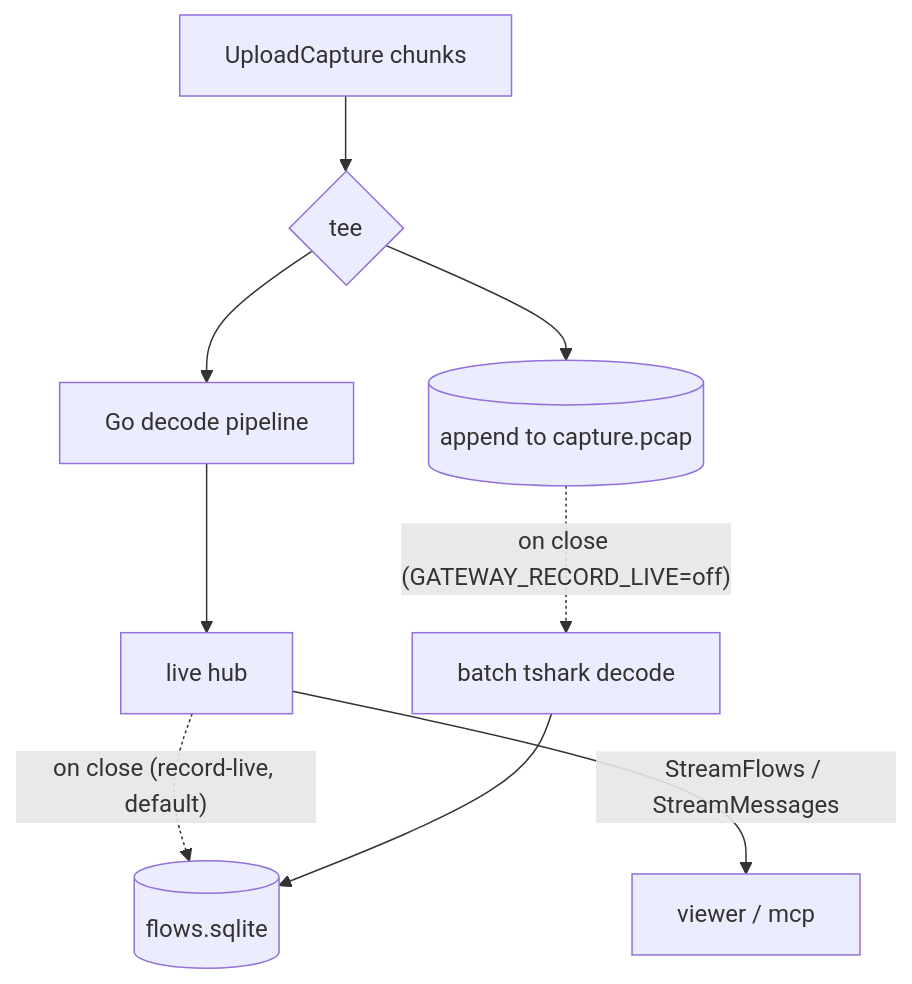
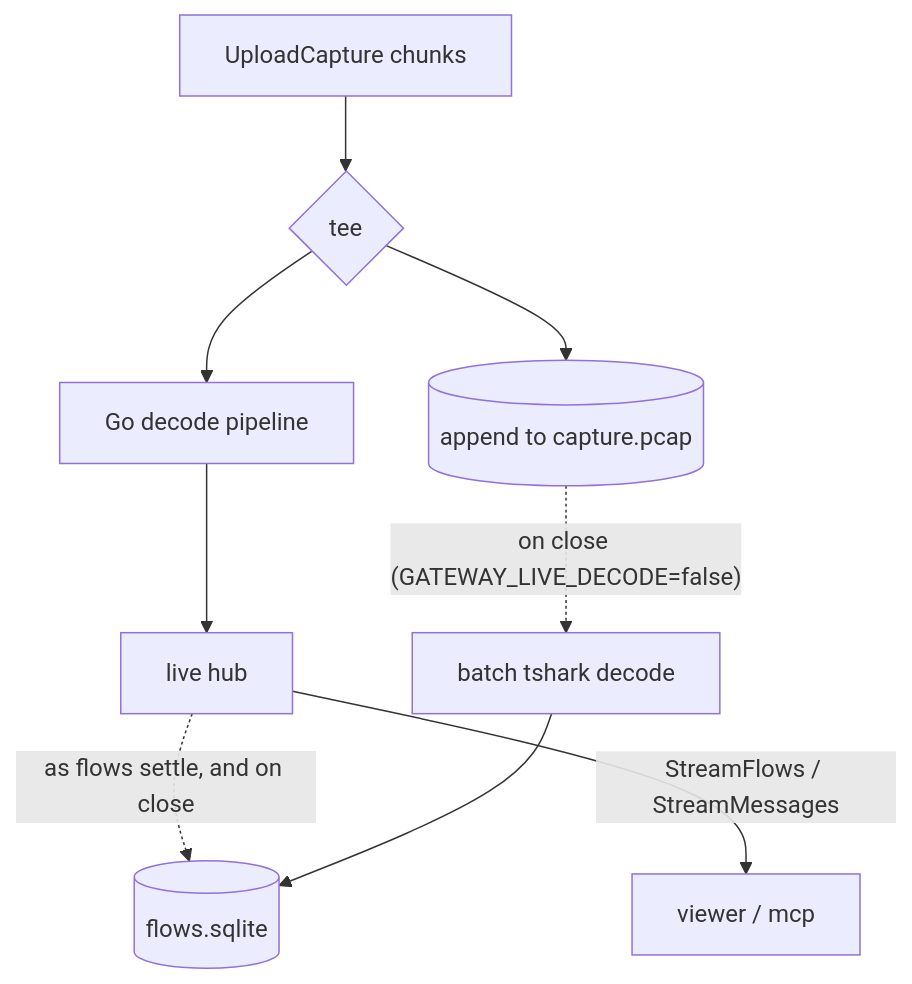
One commit to nklyshko/traffic-deck changed the third of 4 diagrams in docs/architecture.md. Above: the diagram before and after it, drawn with Mermaid. The commit also changed other lines of this file and 58 other files, not shown here.

First line of the commit message:
gateway,mcp,tui,proto: the live decode is the only record, and keeps every body whole

````diff
--- a/docs/architecture.md
+++ b/docs/architecture.md
@@ -120,11 +119,11 @@
 ```mermaid
 flowchart TD
   up["UploadCapture chunks"] --> tee{tee}
   tee --> archive[(append to capture.pcap)]
   tee --> pipe["Go decode pipeline"]
   pipe --> hub[live hub]
   hub -- "StreamFlows / StreamMessages" --> client[viewer / mcp]
-  hub -. "on close (record-live, default)" .-> sqlite[(flows.sqlite)]
-  archive -. "on close (GATEWAY_RECORD_LIVE=off)" .-> batch["batch tshark decode"]
+  hub -. "as flows settle, and on close" .-> sqlite[(flows.sqlite)]
+  archive -. "on close (GATEWAY_LIVE_DECODE=false)" .-> batch["batch tshark decode"]
   batch --> sqlite
 ```
````
